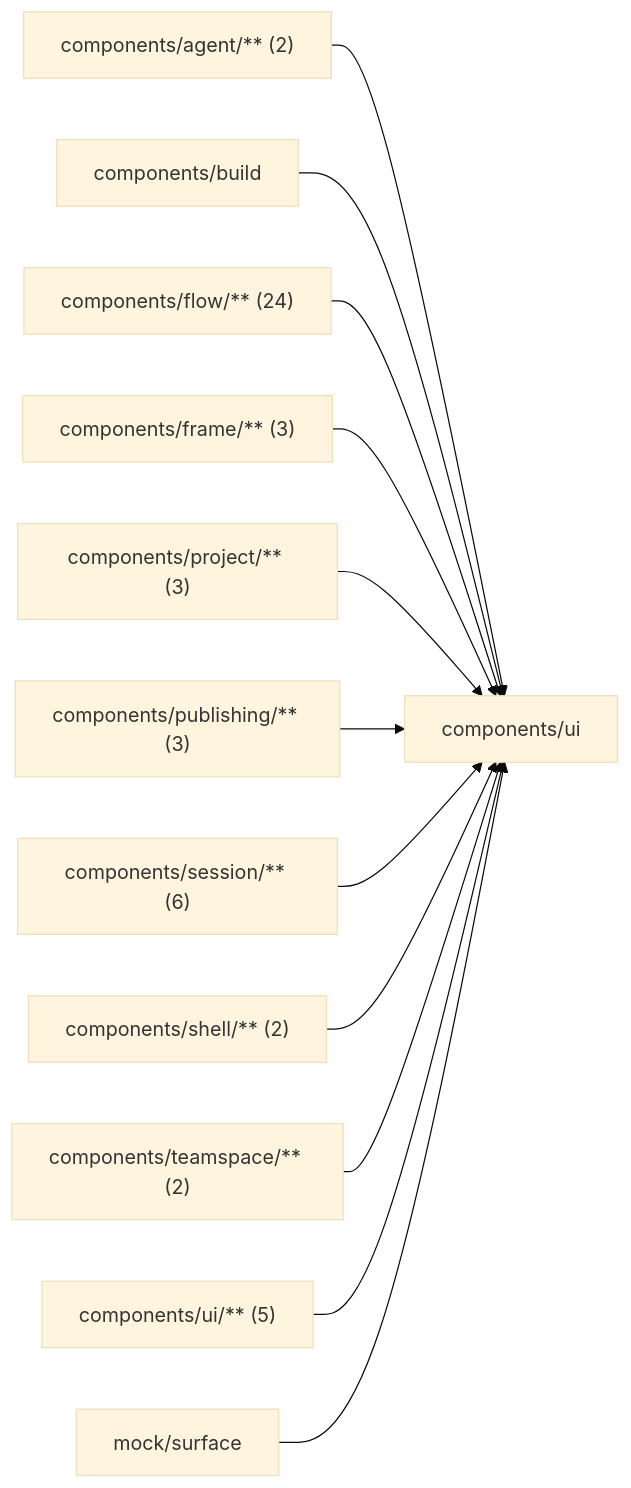
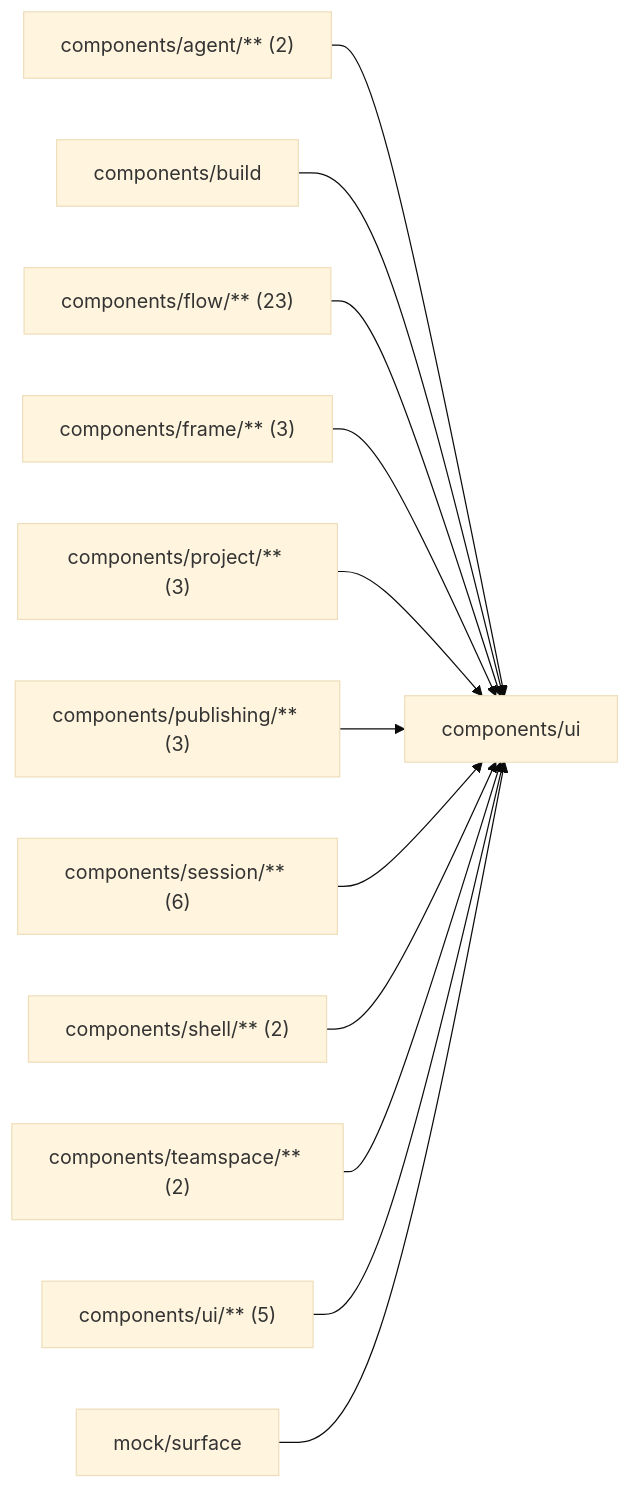
One commit to superdurable/superverse changed the diagram in web/studio/components/ui/README.md. Above: the diagram before and after it, drawn with Mermaid (base theme). The commit also changed other lines of this file and 42 other files, not shown here.

First line of the commit message:
FLOWTAB: The canvas leads the Flow tab, and the Brief becomes a transient summary line

````diff
--- a/web/studio/components/ui/README.md
+++ b/web/studio/components/ui/README.md
@@ -10,15 +10,15 @@
 ```mermaid
 flowchart LR
   self["components/ui"]
   c0["components/agent/** (2)"] --> self
   c1["components/build"] --> self
-  c2["components/flow/** (24)"] --> self
+  c2["components/flow/** (23)"] --> self
   c3["components/frame/** (3)"] --> self
   c4["components/project/** (3)"] --> self
   c5["components/publishing/** (3)"] --> self
   c6["components/session/** (6)"] --> self
   c7["components/shell/** (2)"] --> self
   c8["components/teamspace/** (2)"] --> self
   c9["components/ui/** (5)"] --> self
   c10["mock/surface"] --> self
 ```
````
